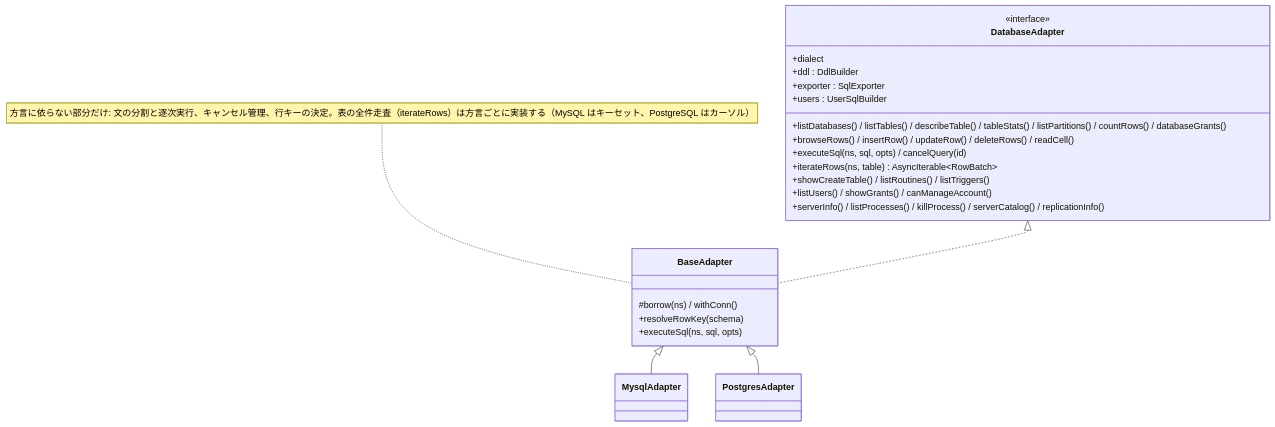
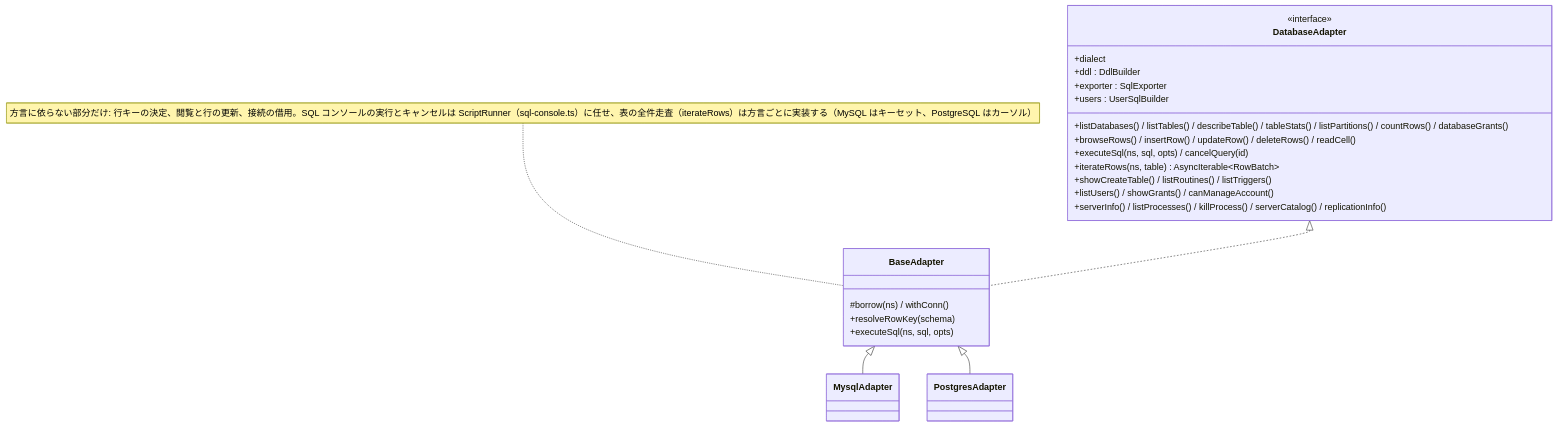
The third of 11 diagrams in docs/architecture.md (ip-san/tsmyadmin), drawn with Mermaid before and after one commit. The commit also changed other lines of this file and 4 other files, not shown here.

First line of the commit message:
refactor(adapter): SQL コンソールの実行とキャンセルを base.ts から sql-console.ts の ScriptRunner に切り出す（1252 → 912 行）

````diff
--- a/docs/architecture.md
+++ b/docs/architecture.md
@@ -86,28 +86,28 @@
 ```mermaid
 classDiagram
   class DatabaseAdapter {
     <<interface>>
     +dialect
     +listDatabases() / listTables() / describeTable() / tableStats() / listPartitions() / countRows() / databaseGrants()
     +browseRows() / insertRow() / updateRow() / deleteRows() / readCell()
     +executeSql(ns, sql, opts) / cancelQuery(id)
     +iterateRows(ns, table) AsyncIterable~RowBatch~
     +showCreateTable() / listRoutines() / listTriggers()
     +listUsers() / showGrants() / canManageAccount()
     +serverInfo() / listProcesses() / killProcess() / serverCatalog() / replicationInfo()
     +ddl : DdlBuilder
     +exporter : SqlExporter
     +users : UserSqlBuilder
   }
   class BaseAdapter {
     #borrow(ns) / withConn()
     +resolveRowKey(schema)
     +executeSql(ns, sql, opts)
   }
-  note for BaseAdapter "方言に依らない部分だけ: 文の分割と逐次実行、キャンセル管理、行キーの決定。表の全件走査（iterateRows）は方言ごとに実装する（MySQL はキーセット、PostgreSQL はカーソル）"
+  note for BaseAdapter "方言に依らない部分だけ: 行キーの決定、閲覧と行の更新、接続の借用。SQL コンソールの実行とキャンセルは ScriptRunner（sql-console.ts）に任せ、表の全件走査（iterateRows）は方言ごとに実装する（MySQL はキーセット、PostgreSQL はカーソル）"
   class MysqlAdapter
   class PostgresAdapter
   DatabaseAdapter <|.. BaseAdapter
   BaseAdapter <|-- MysqlAdapter
   BaseAdapter <|-- PostgresAdapter
 ```
````
